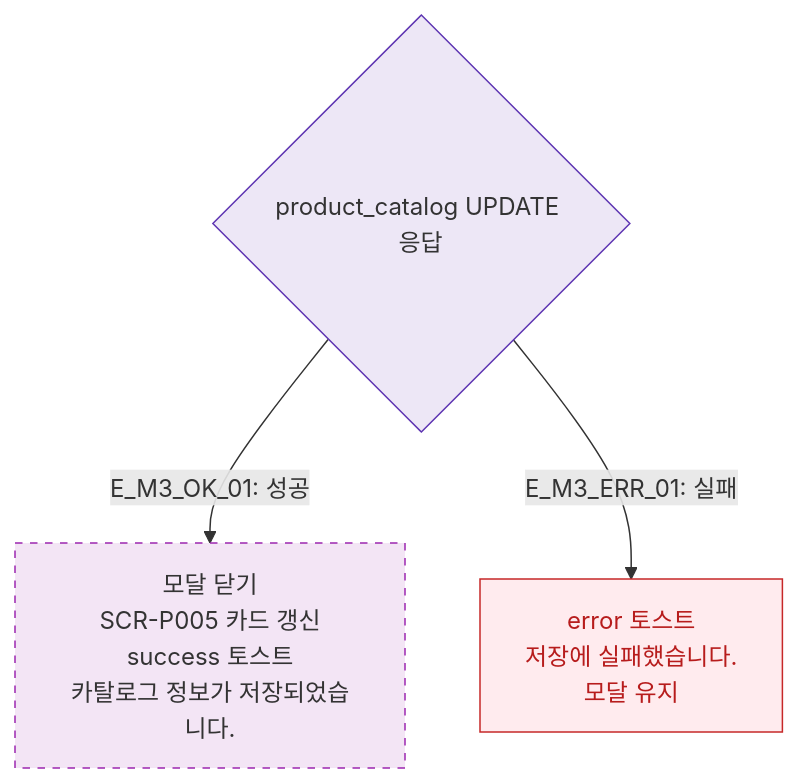
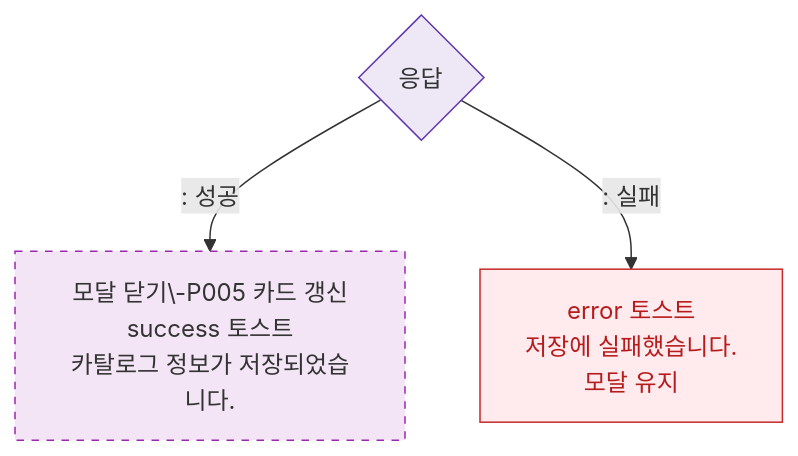
Before and after one commit to dev-spogym/admin-pando: the diagram in docs/다이어그램/D05_상품관리/DLG/DLG-P011_카탈로그편집/M3_결과분기.md, drawn with Mermaid. The commit also changed other lines of this file and 1660 other files, not shown here.

First line of the commit message:
다이어그램: 기획자/클라이언트 납품본으로 정리

````diff
--- a/docs/다이어그램/D05_상품관리/DLG/DLG-P011_카탈로그편집/M3_결과분기.md
+++ b/docs/다이어그램/D05_상품관리/DLG/DLG-P011_카탈로그편집/M3_결과분기.md
@@ -16,12 +14,12 @@
 ```mermaid
 flowchart TD
-    UpdateAPI{product_catalog UPDATE 응답} -->|"E_M3_OK_01: 성공"| SuccessResult[모달 닫기\nSCR-P005 카드 갱신\nsuccess 토스트\n카탈로그 정보가 저장되었습니다.]
-    UpdateAPI -->|"E_M3_ERR_01: 실패"| ErrResult[error 토스트\n저장에 실패했습니다.\n모달 유지]
+    UpdateAPI{응답} -->|": 성공"|SuccessResult[모달 닫기\-P005 카드 갱신\nsuccess 토스트\n카탈로그 정보가 저장되었습니다.]
+    UpdateAPI -->|": 실패"|ErrResult[error 토스트\n저장에 실패했습니다.\n모달 유지]
 
     classDef newFeature fill:#F3E5F5,stroke:#9C27B0,stroke-dasharray:5 5
     classDef error fill:#FFEBEE,stroke:#C62828,color:#B71C1C
     classDef system fill:#EDE7F6,stroke:#5E35B2
     class SuccessResult newFeature
     class ErrResult error
     class UpdateAPI system
 ```
````
